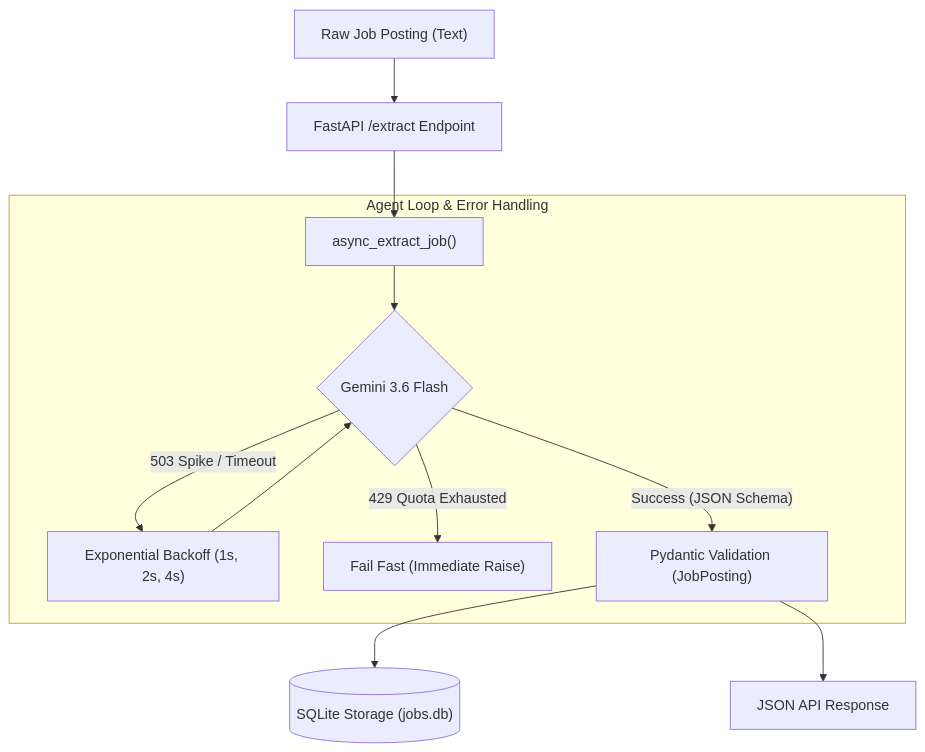
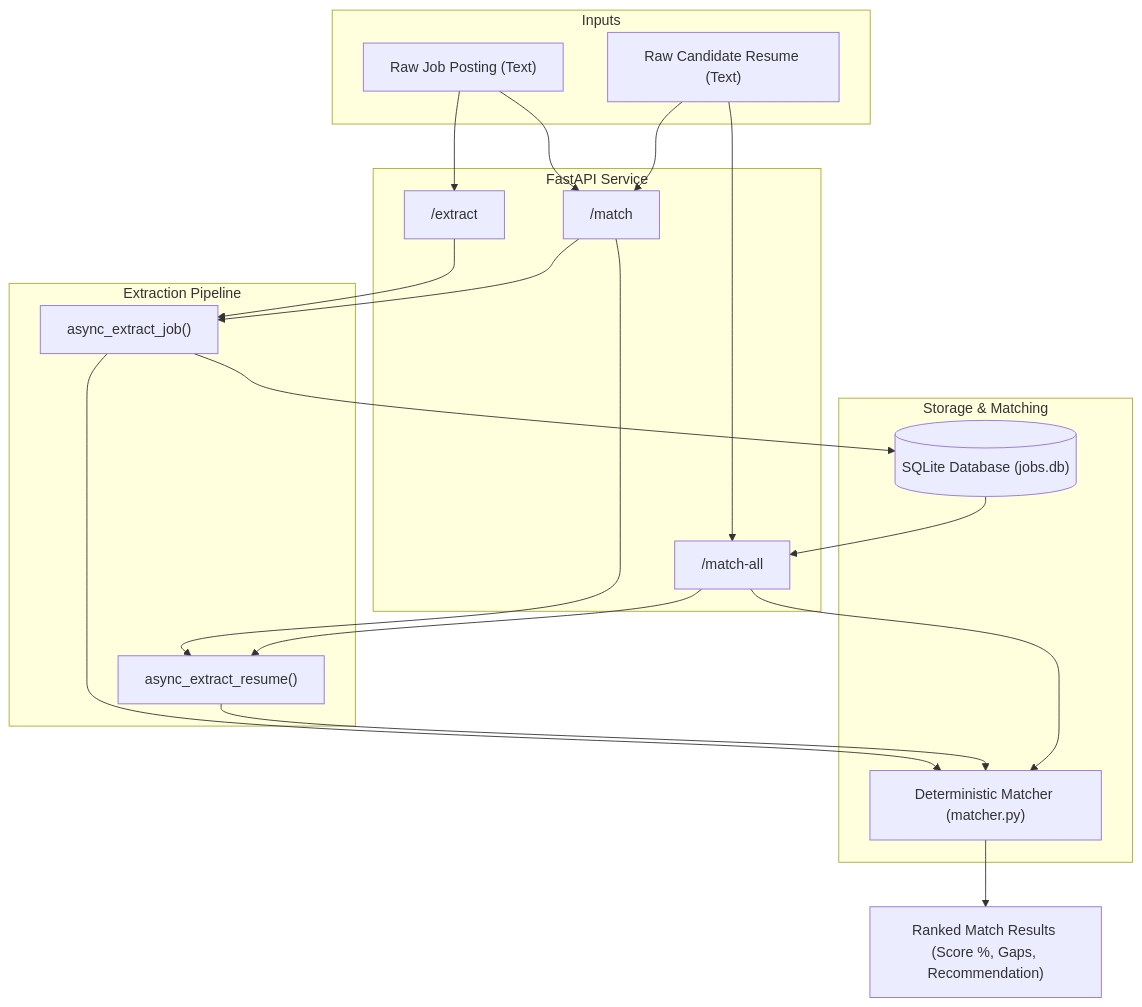
One commit to Rx4445/job-agent- changed the diagram in README.md. Above: the diagram before and after it, drawn with Mermaid. The commit also changed other lines of this file and 3 other files, not shown here.

Commit message:
Complete Stage 2: Add POST /match-all batch ranking against SQLite database

````diff
--- a/README.md
+++ b/README.md
@@ -11,16 +11,32 @@
 ```mermaid
 flowchart TD
-    A["Raw Job Posting (Text)"] --> B["FastAPI /extract Endpoint"]
-    B --> C["async_extract_job()"]
-    
-    subgraph Agent Loop & Error Handling
-        C --> D{"Gemini 3.6 Flash"}
-        D -- "503 Spike / Timeout" --> E["Exponential Backoff (1s, 2s, 4s)"]
-        E --> D
-        D -- "429 Quota Exhausted" --> F["Fail Fast (Immediate Raise)"]
-        D -- "Success (JSON Schema)" --> G["Pydantic Validation (JobPosting)"]
+    subgraph Inputs
+        A["Raw Job Posting (Text)"]
+        R["Raw Candidate Resume (Text)"]
     end
-    
-    G --> H[("SQLite Storage (jobs.db)")]
-    G --> I["JSON API Response"]
+
+    subgraph API Layer ["FastAPI Service"]
+        B["/extract"]
+        M["/match"]
+        MA["/match-all"]
+    end
+
+    A --> B
+    A & R --> M
+    R --> MA
+
+    subgraph Extraction Pipeline
+        B --> C1["async_extract_job()"]
+        M --> C1 & C2["async_extract_resume()"]
+        MA --> C2
+    end
+
+    subgraph Storage & Matching
+        C1 --> DB[("SQLite Database (jobs.db)")]
+        C1 & C2 --> MATCH["Deterministic Matcher (matcher.py)"]
+        DB --> MA
+        MA --> MATCH
+    end
+
+    MATCH --> OUT["Ranked Match Results (Score %, Gaps, Recommendation)"]
 ```
````
